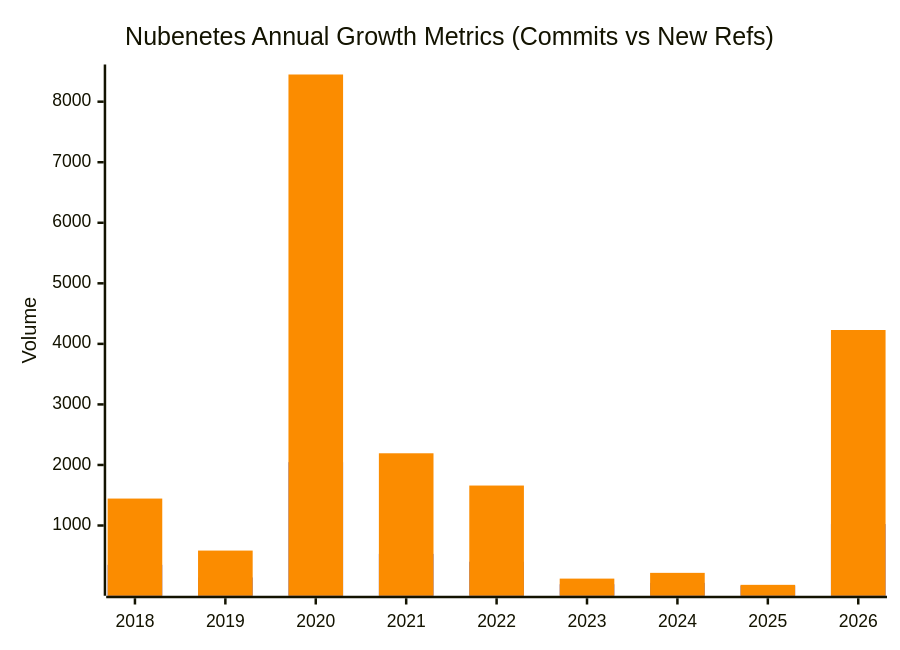
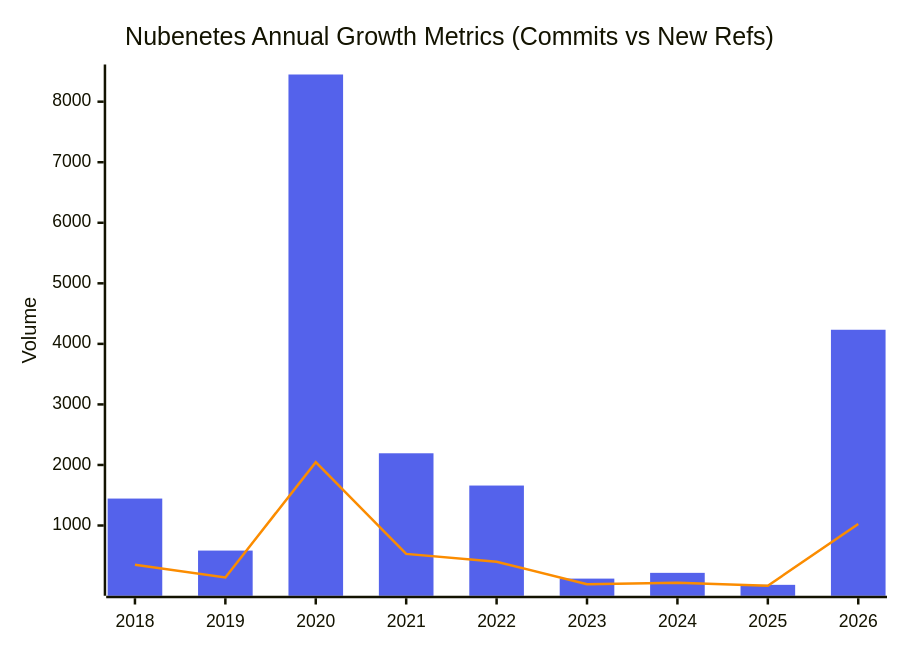
Before and after one commit to nubenetes/awesome-kubernetes: the first of 11 diagrams in README.md, drawn with Mermaid. The commit also changed other lines of this file and 1 other file, not shown here.

Commit message:
docs: change xychart-beta to use bar and line to prevent overlapping

````diff
--- a/README.md
+++ b/README.md
@@ -156,14 +156,14 @@
 ```mermaid
 ---
 config:
   themeVariables:
     xyChart:
       plotColorPalette: "#5462eb, #fb8c00"
 ---
 xychart-beta
     title "Nubenetes Annual Growth Metrics (Commits vs New Refs)"
     x-axis ["2018", "2019", "2020", "2021", "2022", "2023", "2024", "2025", "2026"]
     y-axis "Volume"
-    bar stacked [350, 142, 2046, 531, 402, 30, 53, 5, 1024]
-    bar stacked [1445, 586, 8449, 2193, 1660, 123, 218, 20, 4229]
+    bar [1445, 586, 8449, 2193, 1660, 123, 218, 20, 4233]
+    line [350, 142, 2046, 531, 402, 30, 53, 5, 1025]
 ```
````
